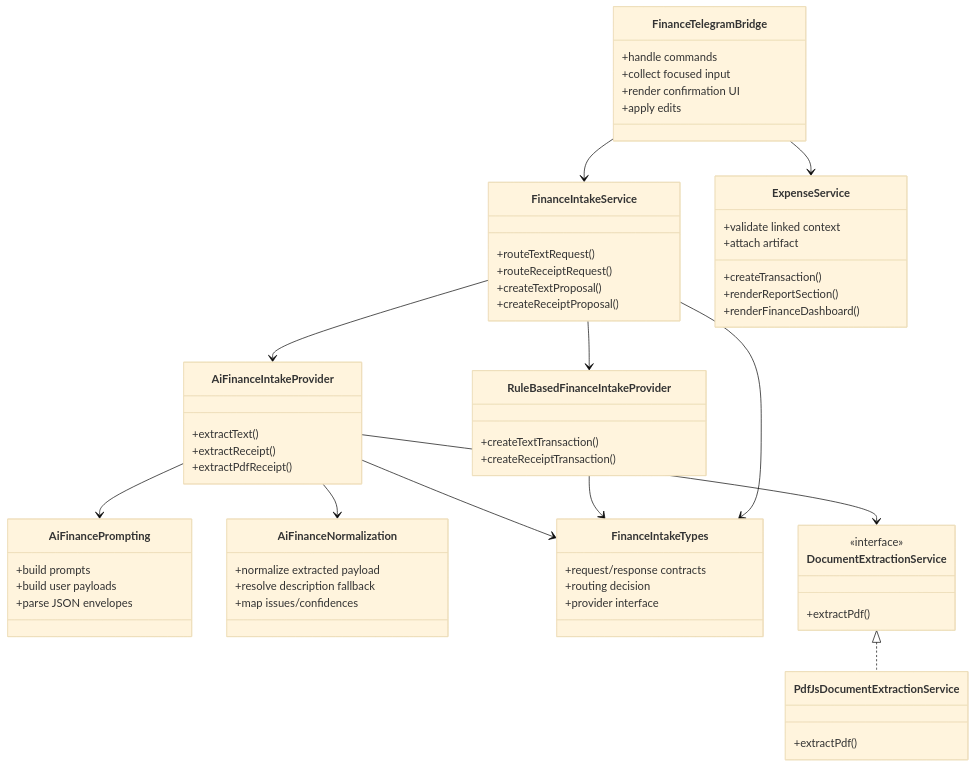
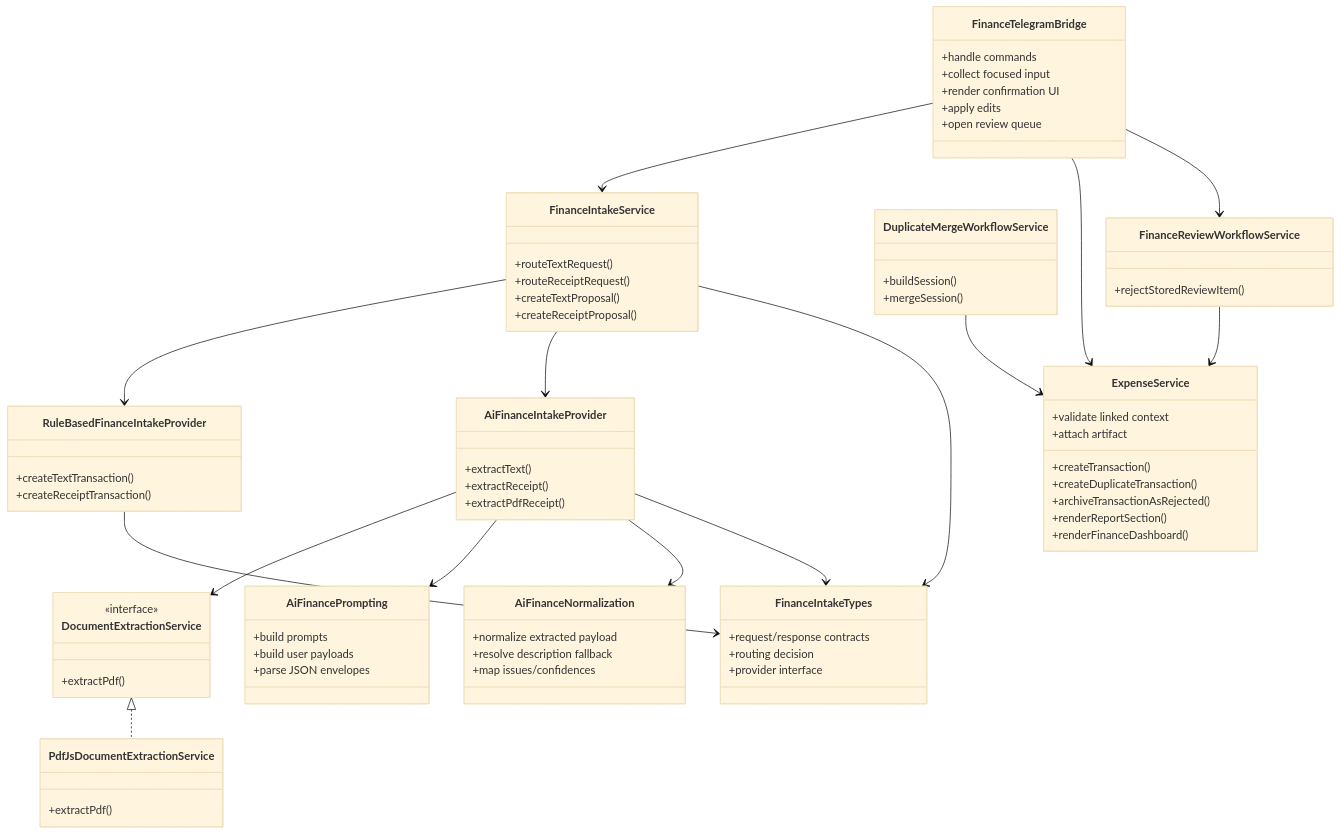
One commit to Xoanis/obsidian-expense-manager changed the second of 6 diagrams in docs/service-architecture.md. Above: the diagram before and after it, drawn with Mermaid (base theme). The commit also changed other lines of this file and 11 other files, not shown here.

Commit message:
feat: optional don't delete rejected transaction notes. update docs

```diff
--- a/docs/service-architecture.md
+++ b/docs/service-architecture.md
@@ -37,6 +45,7 @@
       +collect focused input
       +render confirmation UI
       +apply edits
+      +open review queue
     }
 
     class FinanceIntakeService {
@@ -86,14 +95,28 @@
 
     class ExpenseService {
       +createTransaction()
+      +createDuplicateTransaction()
       +validate linked context
       +attach artifact
+      +archiveTransactionAsRejected()
       +renderReportSection()
       +renderFinanceDashboard()
     }
 
+    class DuplicateMergeWorkflowService {
+      +buildSession()
+      +mergeSession()
+    }
+
+    class FinanceReviewWorkflowService {
+      +rejectStoredReviewItem()
+    }
+
 FinanceTelegramBridge --> FinanceIntakeService
 FinanceTelegramBridge --> ExpenseService
+FinanceTelegramBridge --> FinanceReviewWorkflowService
+    DuplicateMergeWorkflowService --> ExpenseService
+    FinanceReviewWorkflowService --> ExpenseService
     FinanceIntakeService --> RuleBasedFinanceIntakeProvider
     FinanceIntakeService --> AiFinanceIntakeProvider
     FinanceIntakeService --> FinanceIntakeTypes
```
